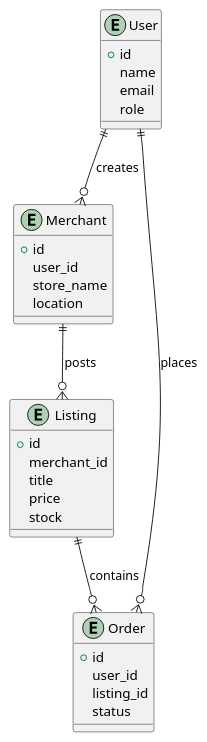
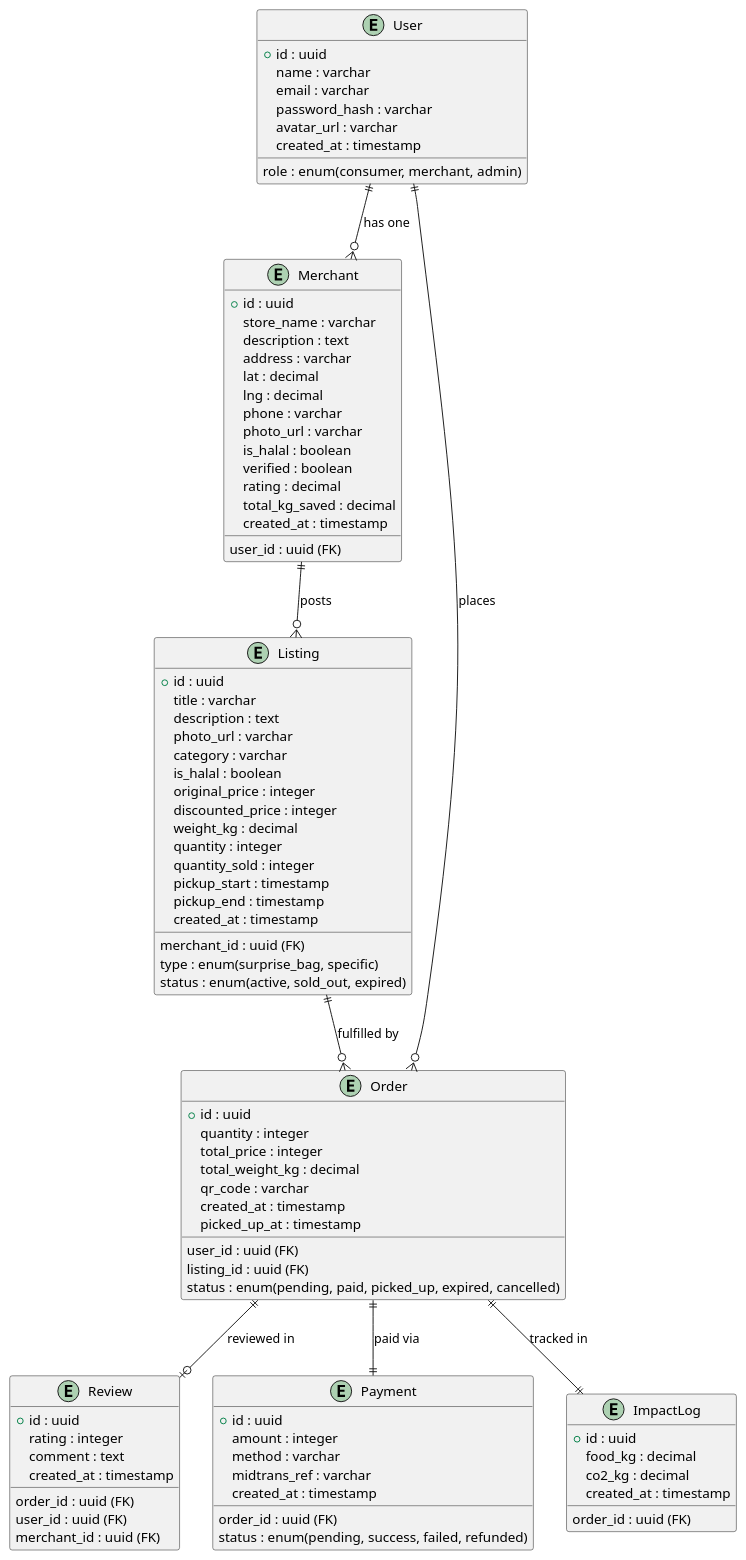
The second of 4 diagrams in UML.md (FarisAnugrah/food-rescue), drawn with PlantUML before and after one commit. The commit also changed other lines of this file and 6 other files, not shown here.

````diff
--- a/UML.md
+++ b/UML.md
@@ -25,35 +34,97 @@
 ```plantuml
 entity "User" {
-  +id
-  name
-  email
-  role
+  +id : uuid
+  name : varchar
+  email : varchar
+  password_hash : varchar
+  role : enum(consumer, merchant, admin)
+  avatar_url : varchar
+  created_at : timestamp
 }
 
 entity "Merchant" {
-  +id
-  user_id
-  store_name
-  location
+  +id : uuid
+  user_id : uuid (FK)
+  store_name : varchar
+  description : text
+  address : varchar
+  lat : decimal
+  lng : decimal
+  phone : varchar
+  photo_url : varchar
+  is_halal : boolean
+  verified : boolean
+  rating : decimal
+  total_kg_saved : decimal
+  created_at : timestamp
 }
 
 entity "Listing" {
-  +id
-  merchant_id
-  title
-  price
-  stock
+  +id : uuid
+  merchant_id : uuid (FK)
+  title : varchar
+  description : text
+  photo_url : varchar
+  category : varchar
+  is_halal : boolean
+  original_price : integer
+  discounted_price : integer
+  weight_kg : decimal
+  quantity : integer
+  quantity_sold : integer
+  pickup_start : timestamp
+  pickup_end : timestamp
+  type : enum(surprise_bag, specific)
+  status : enum(active, sold_out, expired)
+  created_at : timestamp
 }
 
 entity "Order" {
-  +id
-  user_id
-  listing_id
-  status
+  +id : uuid
+  user_id : uuid (FK)
+  listing_id : uuid (FK)
+  quantity : integer
+  total_price : integer
+  total_weight_kg : decimal
+  qr_code : varchar
+  status : enum(pending, paid, picked_up, expired, cancelled)
+  created_at : timestamp
+  picked_up_at : timestamp
 }
 
-User ||--o{ Merchant : creates
-Merchant ||--o{ Listing : posts
-User ||--o{ Order : places
-Listing ||--o{ Order : contains
+entity "Review" {
+  +id : uuid
+  order_id : uuid (FK)
+  user_id : uuid (FK)
+  merchant_id : uuid (FK)
+  rating : integer
+  comment : text
+  created_at : timestamp
+}
+
+entity "Payment" {
+  +id : uuid
+  order_id : uuid (FK)
+  amount : integer
+  method : varchar
+  status : enum(pending, success, failed, refunded)
+  midtrans_ref : varchar
+  created_at : timestamp
+}
+
+entity "ImpactLog" {
+  +id : uuid
+  order_id : uuid (FK)
+  food_kg : decimal
+  co2_kg : decimal
+  created_at : timestamp
+}
+
+User ||--o{ Merchant : "has one"
+Merchant ||--o{ Listing : "posts"
+User ||--o{ Order : "places"
+Listing ||--o{ Order : "fulfilled by"
+Order ||--|| Payment : "paid via"
+Order ||--o| Review : "reviewed in"
+Order ||--|| ImpactLog : "tracked in"
 ```
````
